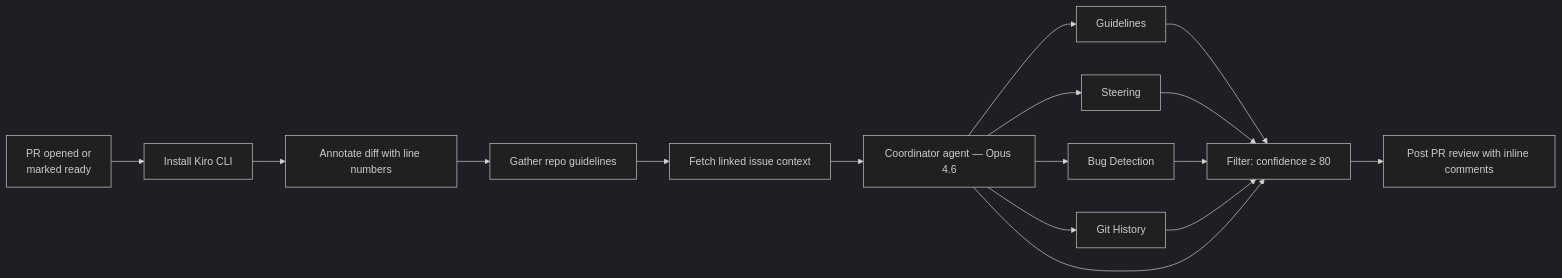
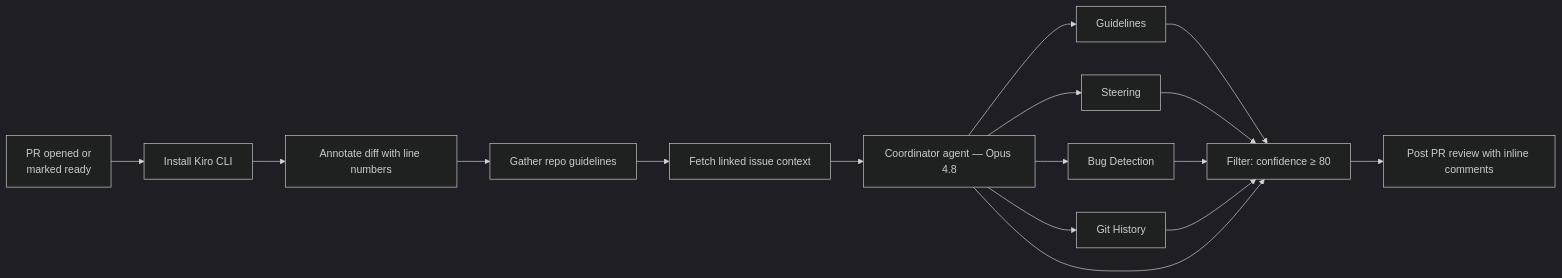
One commit to kyleseaman/kiro-code-reviews changed the diagram in README.md. Above: the diagram before and after it, drawn with Mermaid (dark theme). The commit also changed other lines of this file and 1 other file, not shown here.

Commit message:
Bump coordinator to claude-opus-4.8 (was 4.6)

````diff
--- a/README.md
+++ b/README.md
@@ -12,18 +12,18 @@
 ```mermaid
 flowchart LR
     A[PR opened or\nmarked ready] --> B[Install Kiro CLI]
     B --> C[Annotate diff with line numbers]
     C --> D[Gather repo guidelines]
     D --> E[Fetch linked issue context]
-    E --> F[Coordinator agent — Opus 4.6]
+    E --> F[Coordinator agent — Opus 4.8]
     F --> G[Guidelines]
     F --> H[Steering]
     F --> I[Bug Detection]
     F --> J[Git History]
     G --> K[Filter: confidence ≥ 80]
     H --> K
     I --> K
     J --> K
     F --> K
     K --> L[Post PR review with inline comments]
 ```
````
